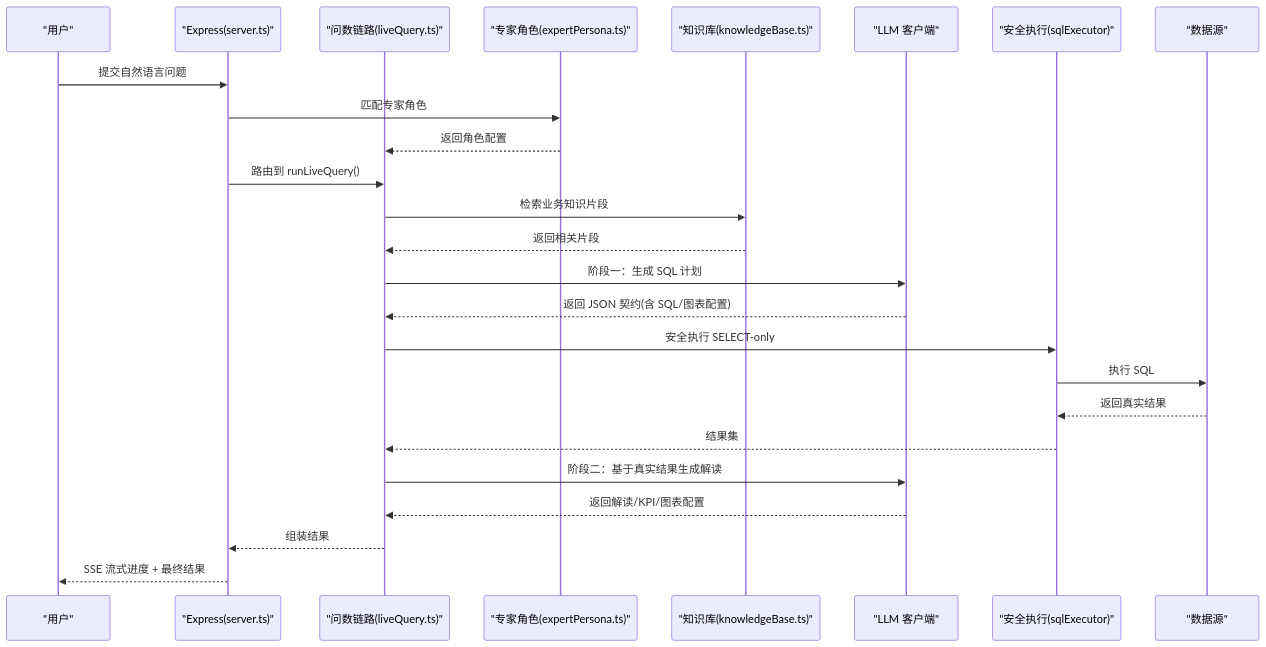
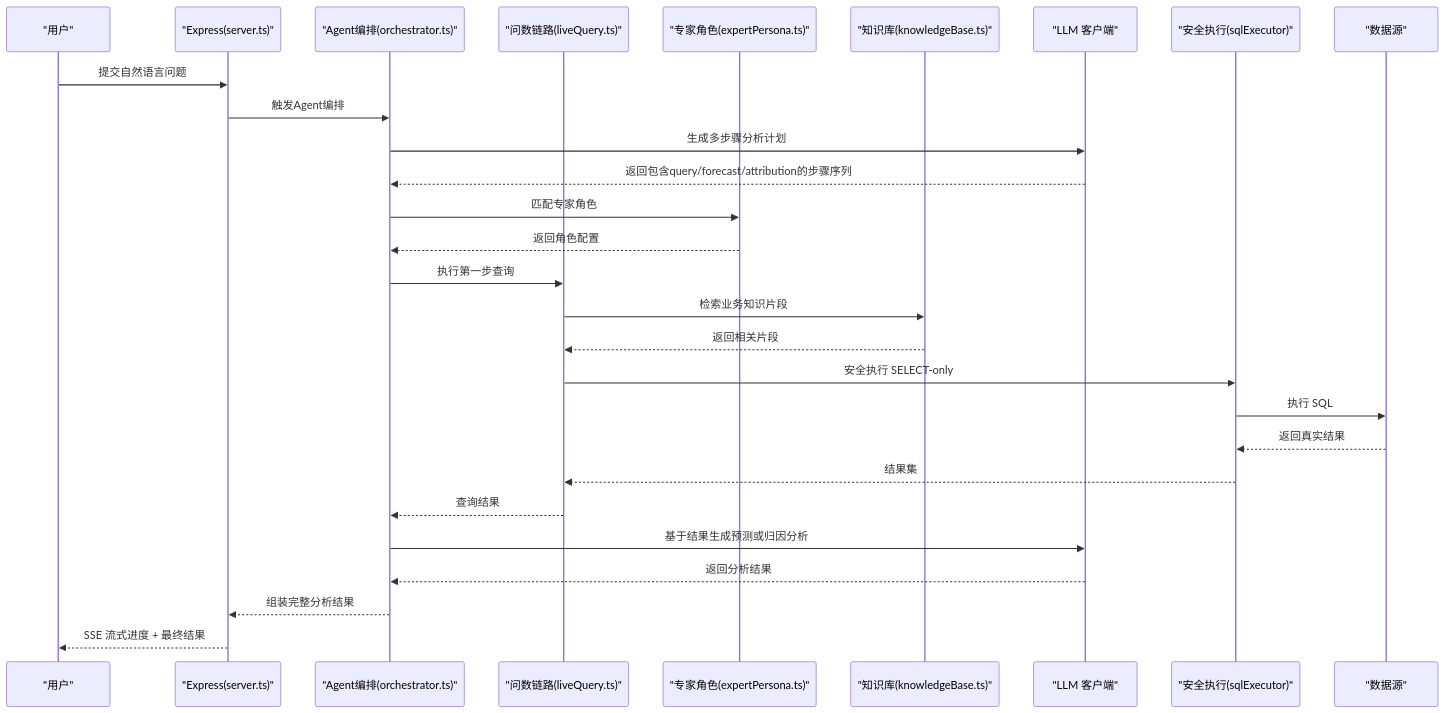
One commit to dgjin/smart-data-analytics changed the second of 10 diagrams in .qoder/repowiki/zh/content/项目概述/系统介绍与特性.md. Above: the diagram before and after it, drawn with Mermaid. The commit also changed other lines of this file and 146 other files, not shown here.

````diff
--- a/.qoder/repowiki/zh/content/项目概述/系统介绍与特性.md
+++ b/.qoder/repowiki/zh/content/项目概述/系统介绍与特性.md
@@ -103,27 +112,30 @@
 ```mermaid
 sequenceDiagram
 participant U as "用户"
 participant S as "Express(server.ts)"
+participant A as "Agent编排(orchestrator.ts)"
 participant Q as "问数链路(liveQuery.ts)"
 participant P as "专家角色(expertPersona.ts)"
 participant K as "知识库(knowledgeBase.ts)"
 participant L as "LLM 客户端"
 participant X as "安全执行(sqlExecutor)"
 participant DB as "数据源"
 U->>S : 提交自然语言问题
-S->>P : 匹配专家角色
-P-->>Q : 返回角色配置
-S->>Q : 路由到 runLiveQuery()
+S->>A : 触发Agent编排
+A->>L : 生成多步骤分析计划
+L-->>A : 返回包含query/forecast/attribution的步骤序列
+A->>P : 匹配专家角色
+P-->>A : 返回角色配置
+A->>Q : 执行第一步查询
 Q->>K : 检索业务知识片段
 K-->>Q : 返回相关片段
-Q->>L : 阶段一：生成 SQL 计划
-L-->>Q : 返回 JSON 契约(含 SQL/图表配置)
 Q->>X : 安全执行 SELECT-only
 X->>DB : 执行 SQL
 DB-->>X : 返回真实结果
 X-->>Q : 结果集
-Q->>L : 阶段二：基于真实结果生成解读
-L-->>Q : 返回解读/KPI/图表配置
-Q-->>S : 组装结果
+Q-->>A : 查询结果
+A->>L : 基于结果生成预测或归因分析
+L-->>A : 返回分析结果
+A-->>S : 组装完整分析结果
 S-->>U : SSE 流式进度 + 最终结果
 ```
````
